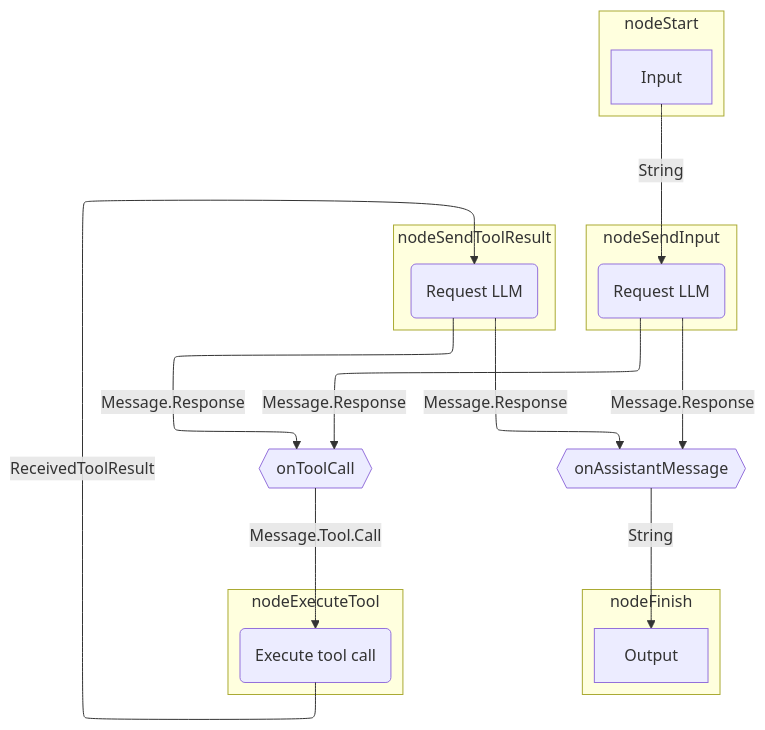
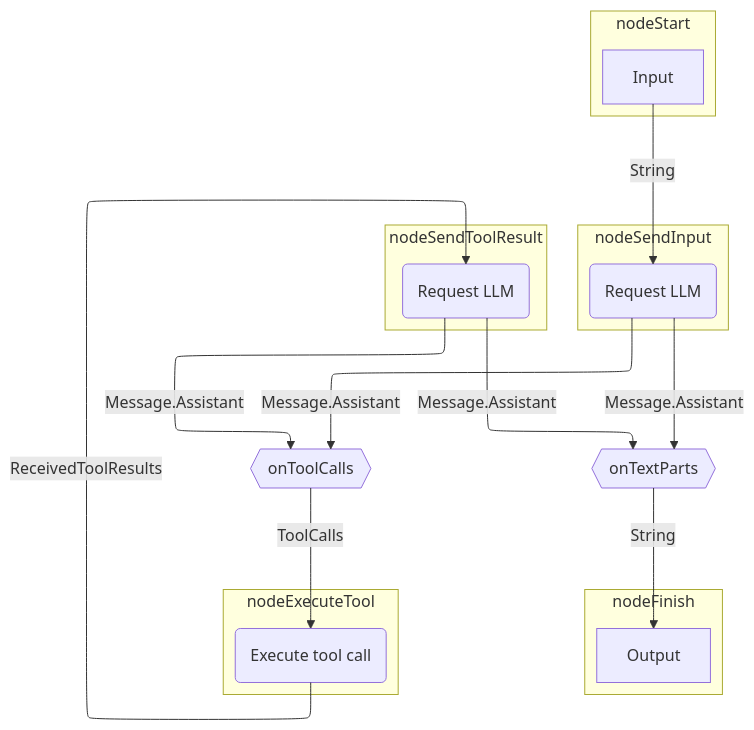
The first of 2 diagrams in docs/docs/agents/graph-based-agents.md (JetBrains/koog), drawn with Mermaid before and after one commit. The commit also changed other lines of this file and 348 other files, not shown here.

````diff
--- a/docs/docs/agents/graph-based-agents.md
+++ b/docs/docs/agents/graph-based-agents.md
@@ -31,35 +31,35 @@
 ```mermaid
 ---
 config:
   flowchart:
     defaultRenderer: "elk"
 ---
 graph TB
     subgraph nodeStart
         Input
     end
     
     subgraph nodeFinish
         Output
     end
     
     subgraph nodeSendInput
         llmRequest(Request LLM)
     end
     
     subgraph nodeExecuteTool
         executeTool(Execute tool call)
     end
     
     subgraph nodeSendToolResult
         sendToolResult(Request LLM)
     end
     
     Input --String--> llmRequest
-    llmRequest --Message.Response--> onToolCall{{onToolCall}}
-    llmRequest --Message.Response--> onAssistantMessage{{onAssistantMessage}}
-    onAssistantMessage --String--> Output
-    onToolCall --Message.Tool.Call--> executeTool --ReceivedToolResult--> sendToolResult
-    sendToolResult --Message.Response--> onToolCall
-    sendToolResult --Message.Response--> onAssistantMessage
+    llmRequest --Message.Assistant--> onToolCalls{{onToolCalls}}
+    llmRequest --Message.Assistant--> onTextParts{{onTextParts}}
+    onTextParts --String--> Output
+    onToolCalls --ToolCalls--> executeTool --ReceivedToolResults--> sendToolResult
+    sendToolResult --Message.Assistant--> onToolCalls
+    sendToolResult --Message.Assistant--> onTextParts
 ```
````
